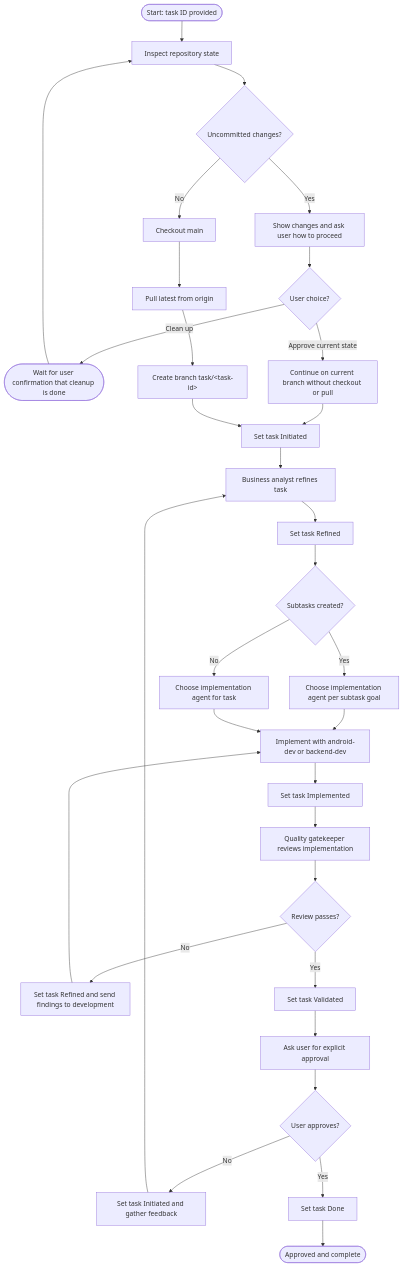
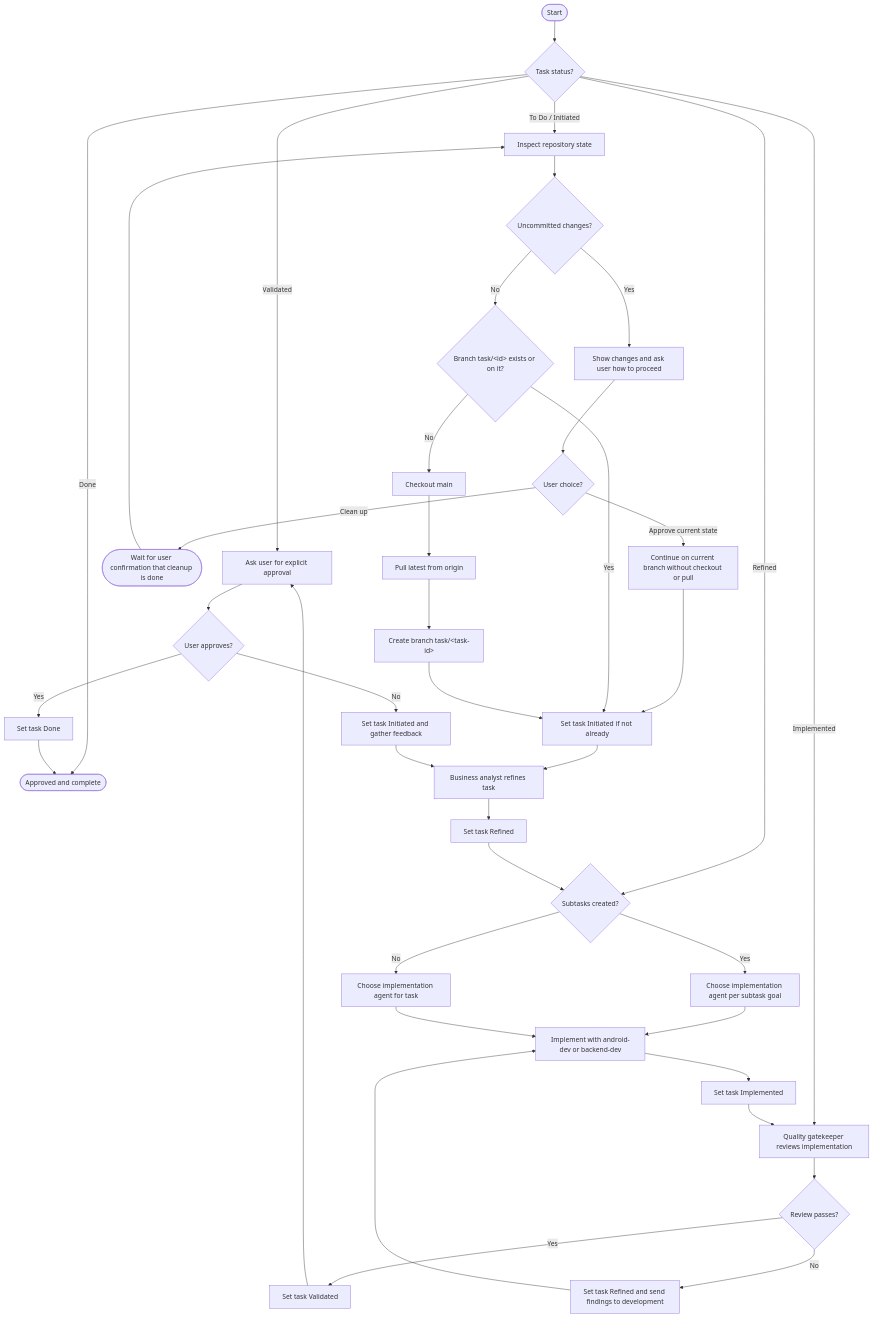
Before and after one commit to lyndametref/opencode-dev-workflow: the diagram in skills/coordination-task/references/workflow.md, drawn with Mermaid. The commit also changed other lines of this file and 1 other file, not shown here.

````diff
--- a/skills/coordination-task/references/workflow.md
+++ b/skills/coordination-task/references/workflow.md
@@ -5,34 +13,42 @@
 ```mermaid
 flowchart TD
-    A([Start: task ID provided]) --> B[Inspect repository state]
+    START([Start]) --> RESUME{Task status?}
+    RESUME -- Done --> DONE([Approved and complete])
+    RESUME -- Validated --> T[Ask user for explicit approval]
+    RESUME -- Implemented --> P[Quality gatekeeper reviews implementation]
+    RESUME -- Refined --> K{Subtasks created?}
+    RESUME -- "To Do / Initiated" --> B[Inspect repository state]
+
     B --> C{Uncommitted changes?}
     C -- Yes --> D[Show changes and ask user how to proceed]
     D --> CHOICE{User choice?}
     CHOICE -- Clean up --> CLEANUP([Wait for user confirmation that cleanup is done])
     CLEANUP --> B
     CHOICE -- Approve current state --> CURRENT[Continue on current branch without checkout or pull]
     CURRENT --> H[Set task Initiated]
-    C -- No --> E[Checkout main]
-    E --> F[Pull latest from origin]
-    F --> G[Create branch task/&lt;task-id&gt;]
-    G --> H[Set task Initiated]
-    H --> I[Business analyst refines task]
+    C -- No --> E{Branch task/&lt;id&gt; exists or on it?}
+    E -- Yes --> H
+    E -- No --> F[Checkout main]
+    F --> G[Pull latest from origin]
+    G --> H2[Create branch task/&lt;task-id&gt;]
+    H2 --> H
+    H[Set task Initiated if not already] --> I[Business analyst refines task]
     I --> J[Set task Refined]
-    J --> K{Subtasks created?}
+    J --> K
     K -- Yes --> L[Choose implementation agent per subtask goal]
     K -- No --> M[Choose implementation agent for task]
     L --> N[Implement with android-dev or backend-dev]
     M --> N
     N --> O[Set task Implemented]
-    O --> P[Quality gatekeeper reviews implementation]
+    O --> P
     P --> Q{Review passes?}
     Q -- No --> R[Set task Refined and send findings to development]
     R --> N
     Q -- Yes --> S[Set task Validated]
-    S --> T[Ask user for explicit approval]
+    S --> T
     T --> U{User approves?}
     U -- No --> V[Set task Initiated and gather feedback]
     V --> I
     U -- Yes --> W[Set task Done]
-    W --> DONE([Approved and complete])
+    W --> DONE
 ```
````
